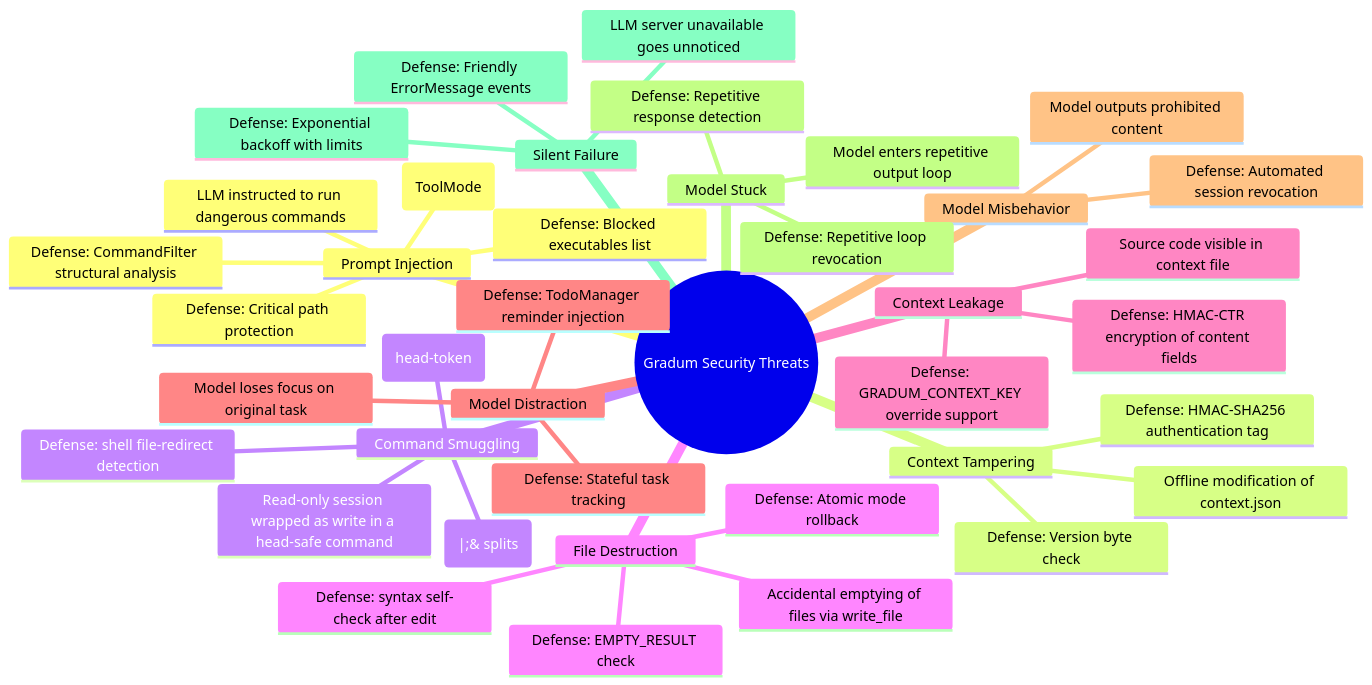
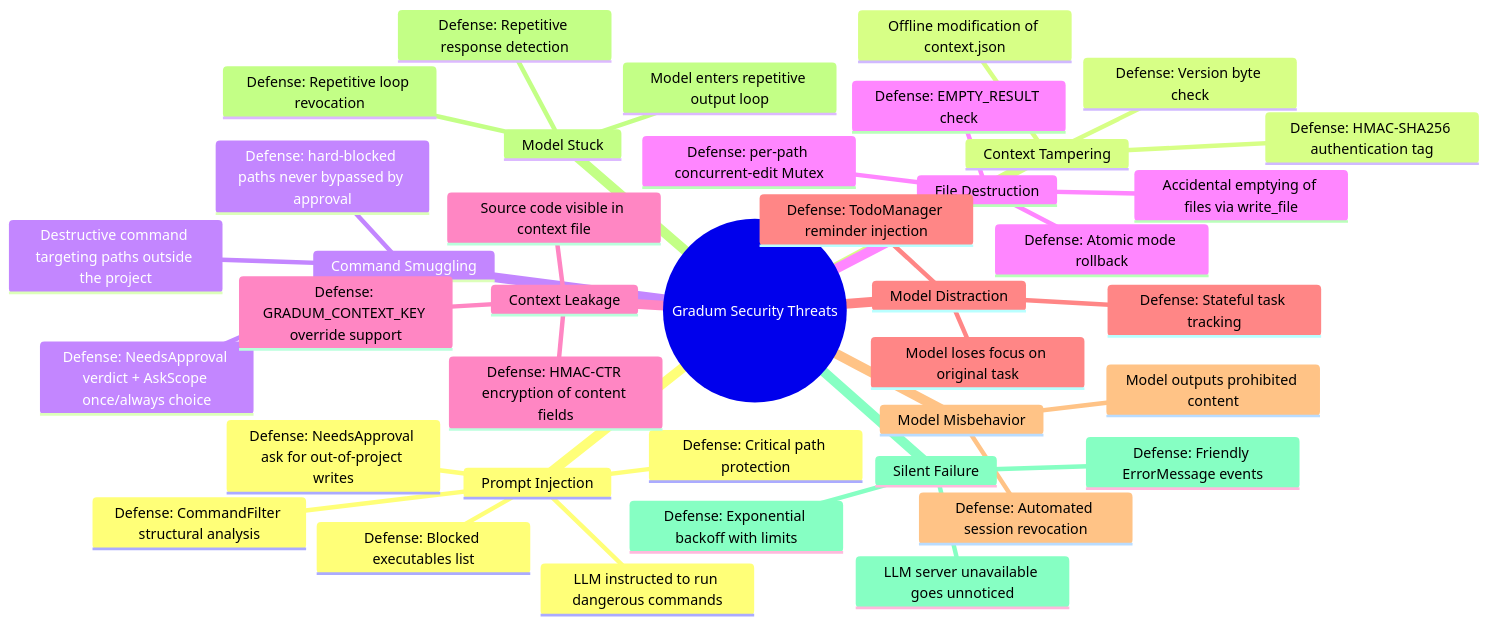
One commit to lg841226/Gradum changed diagram 24 of 30 in docs/ARCHITECTURE.md. Above: the diagram before and after it, drawn with Mermaid. The commit also changed other lines of this file and 9 other files, not shown here.

Commit message:
docs: overhaul ARCHITECTURE/PLUGIN_FEATURES, tidy code and env doctor output

````diff
--- a/docs/ARCHITECTURE.md
+++ b/docs/ARCHITECTURE.md
@@ -1557,43 +1636,42 @@
 ```mermaid
 mindmap
   root((Gradum Security Threats))
     Prompt Injection
       LLM instructed to run dangerous commands
       Defense: CommandFilter structural analysis
       Defense: Blocked executables list
       Defense: Critical path protection
-      Defense: Read-only whitelist + redirect scan (ToolMode)
+      Defense: NeedsApproval ask for out-of-project writes
     Context Tampering
       Offline modification of context.json
       Defense: HMAC-SHA256 authentication tag
       Defense: Version byte check
     Command Smuggling
-      Read-only session wrapped as write in a head-safe command
-      Defense: READ_ONLY whitelisted-executable set (head-token)
-      Defense: pipeline subcommand checks (|;& splits)
-      Defense: shell file-redirect detection
+      Destructive command targeting paths outside the project
+      Defense: NeedsApproval verdict + AskScope once/always choice
+      Defense: hard-blocked paths never bypassed by approval
     File Destruction
       Accidental emptying of files via write_file
       Defense: EMPTY_RESULT check
       Defense: Atomic mode rollback
-      Defense: syntax self-check after edit
+      Defense: per-path concurrent-edit Mutex
     Context Leakage
       Source code visible in context file
       Defense: HMAC-CTR encryption of content fields
       Defense: GRADUM_CONTEXT_KEY override support
     Model Distraction
       Model loses focus on original task
       Defense: TodoManager reminder injection
       Defense: Stateful task tracking
     Model Misbehavior
       Model outputs prohibited content
       Defense: Automated session revocation
     Model Stuck
       Model enters repetitive output loop
       Defense: Repetitive response detection
       Defense: Repetitive loop revocation
     Silent Failure
       LLM server unavailable goes unnoticed
       Defense: Exponential backoff with limits
       Defense: Friendly ErrorMessage events
 ```
````
